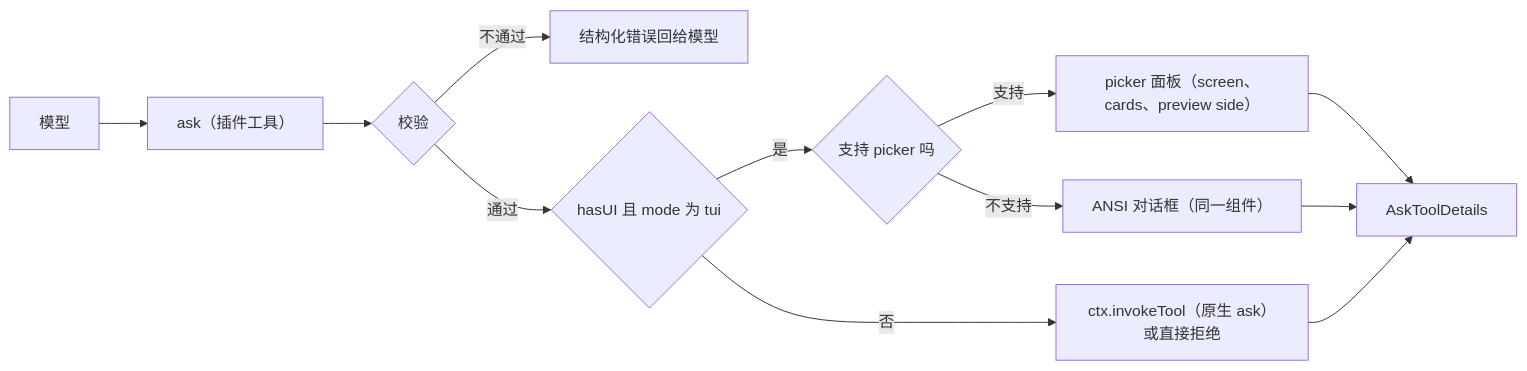
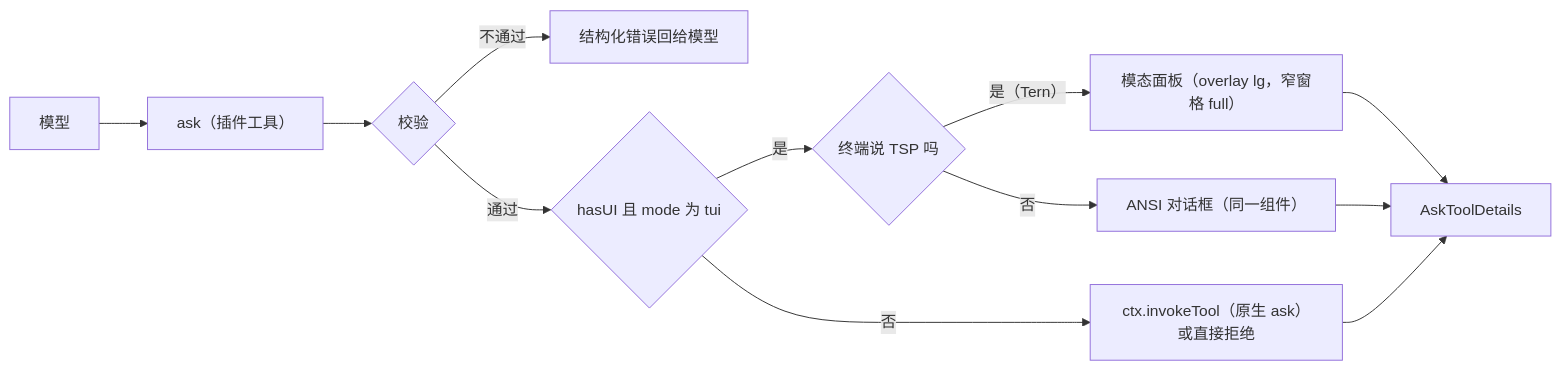
The diagram in README.zh-CN.md (oh-my-omp/omp-ask-more), drawn with Mermaid before and after one commit. The commit also changed other lines of this file and 5 other files, not shown here.

First line of the commit message:
fix(tern): answer in a modal overlay sheet instead of a screen-size picker

````diff
--- a/README.zh-CN.md
+++ b/README.zh-CN.md
@@ -96,14 +96,14 @@
 ```mermaid
 flowchart LR
   m[模型] --> t["ask（插件工具）"]
   t --> v{校验}
   v -- 不通过 --> e[结构化错误回给模型]
   v -- 通过 --> u{"hasUI 且 mode 为 tui"}
   u -- 否 --> n["ctx.invokeTool（原生 ask）或直接拒绝"]
-  u -- 是 --> s{"支持 picker 吗"}
-  s -- 支持 --> p["picker 面板（screen、cards、preview side）"]
-  s -- 不支持 --> c["ANSI 对话框（同一组件）"]
+  u -- 是 --> s{"终端说 TSP 吗"}
+  s -- "是（Tern）" --> p["模态面板（overlay lg，窄窗格 full）"]
+  s -- 否 --> c["ANSI 对话框（同一组件）"]
   p --> a[AskToolDetails]
   c --> a
   n --> a
 ```
````
